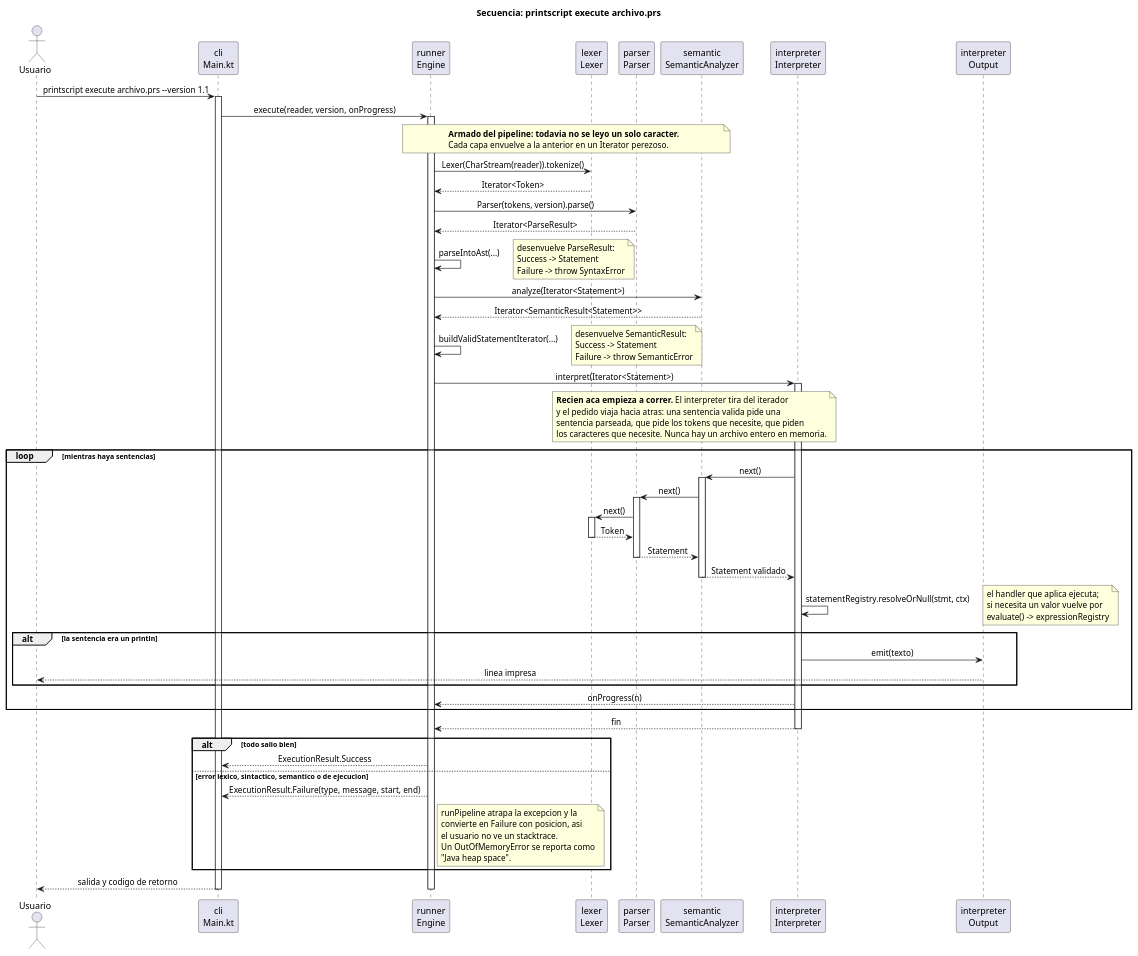
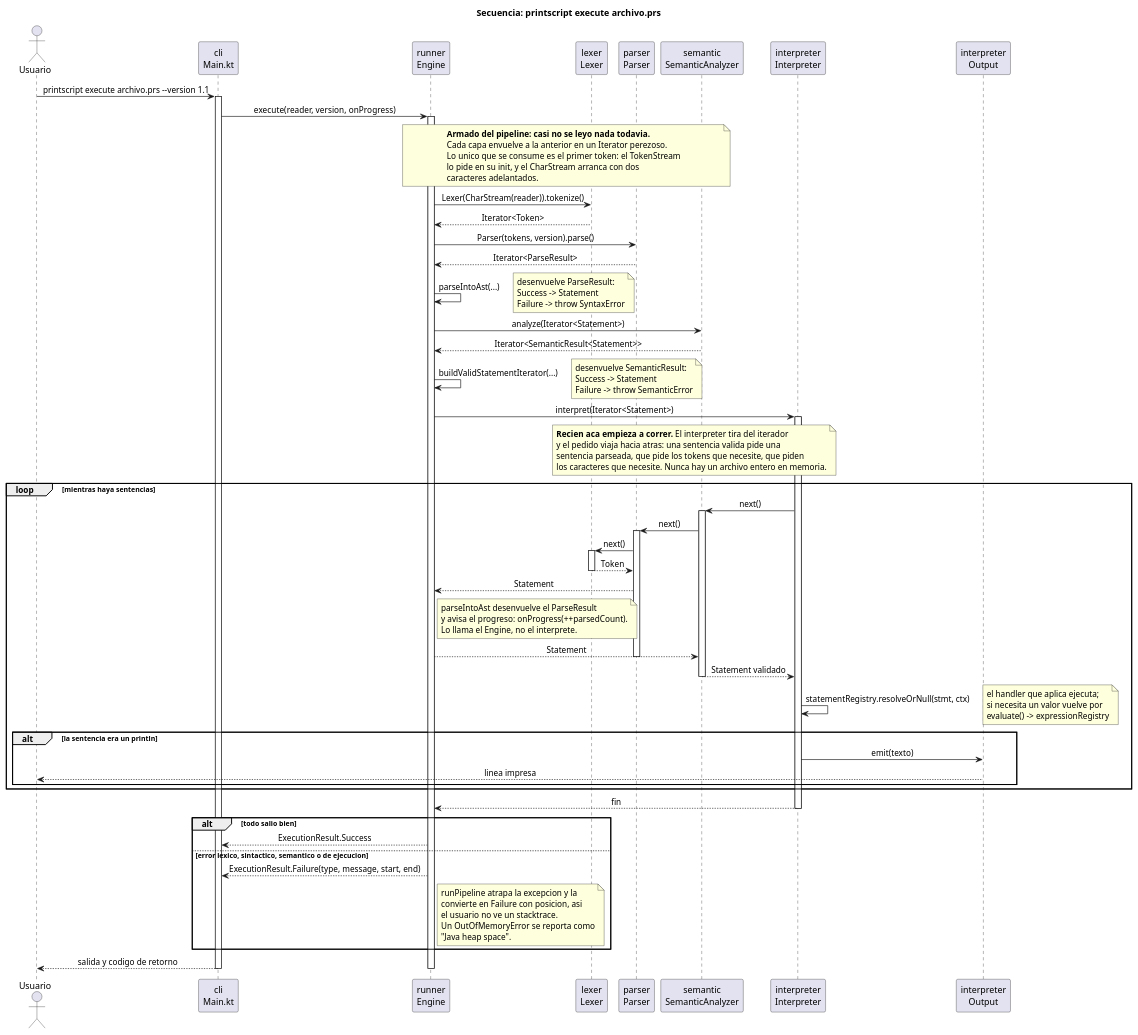
The diagram in docs/secuencia-ejecucion.puml (Ingsis-printscript-grupo3/printscript), drawn with PlantUML before and after one commit. The commit also changed 3 other files, not shown here.

Commit message:
fix: readme y diagramas

```diff
--- a/docs/secuencia-ejecucion.puml
+++ b/docs/secuencia-ejecucion.puml
@@ -1,97 +1,104 @@
 @startuml PrintScript_Secuencia_Ejecucion
 
 title Secuencia: printscript execute archivo.prs
 
 skinparam sequenceMessageAlign center
 
 actor Usuario
 participant "cli\nMain.kt" as CLI
 participant "runner\nEngine" as ENGINE
 participant "lexer\nLexer" as LEXER
 participant "parser\nParser" as PARSER
 participant "semantic\nSemanticAnalyzer" as SEMANTIC
 participant "interpreter\nInterpreter" as INTERPRETER
 participant "interpreter\nOutput" as OUTPUT
 
 Usuario -> CLI : printscript execute archivo.prs --version 1.1
 activate CLI
 
 CLI -> ENGINE : execute(reader, version, onProgress)
 activate ENGINE
 
 note over ENGINE, SEMANTIC
-  <b>Armado del pipeline: todavia no se leyo un solo caracter.</b>
+  <b>Armado del pipeline: casi no se leyo nada todavia.</b>
   Cada capa envuelve a la anterior en un Iterator perezoso.
+  Lo unico que se consume es el primer token: el TokenStream
+  lo pide en su init, y el CharStream arranca con dos
+  caracteres adelantados.
 end note
 
 ENGINE -> LEXER : Lexer(CharStream(reader)).tokenize()
 LEXER --> ENGINE : Iterator<Token>
 
 ENGINE -> PARSER : Parser(tokens, version).parse()
 PARSER --> ENGINE : Iterator<ParseResult>
 
 ENGINE -> ENGINE : parseIntoAst(...)
 note right: desenvuelve ParseResult:\nSuccess -> Statement\nFailure -> throw SyntaxError
 
 ENGINE -> SEMANTIC : analyze(Iterator<Statement>)
 SEMANTIC --> ENGINE : Iterator<SemanticResult<Statement>>
 
 ENGINE -> ENGINE : buildValidStatementIterator(...)
 note right: desenvuelve SemanticResult:\nSuccess -> Statement\nFailure -> throw SemanticError
 
 ENGINE -> INTERPRETER : interpret(Iterator<Statement>)
 activate INTERPRETER
 
 note over LEXER, INTERPRETER
   <b>Recien aca empieza a correr.</b> El interpreter tira del iterador
   y el pedido viaja hacia atras: una sentencia valida pide una
   sentencia parseada, que pide los tokens que necesite, que piden
   los caracteres que necesite. Nunca hay un archivo entero en memoria.
 end note
 
 loop mientras haya sentencias
   INTERPRETER -> SEMANTIC : next()
   activate SEMANTIC
   SEMANTIC -> PARSER : next()
   activate PARSER
   PARSER -> LEXER : next()
   activate LEXER
   LEXER --> PARSER : Token
   deactivate LEXER
-  PARSER --> SEMANTIC : Statement
+  PARSER --> ENGINE : Statement
+  note right of ENGINE
+    parseIntoAst desenvuelve el ParseResult
+    y avisa el progreso: onProgress(++parsedCount).
+    Lo llama el Engine, no el interprete.
+  end note
+  ENGINE --> SEMANTIC : Statement
   deactivate PARSER
   SEMANTIC --> INTERPRETER : Statement validado
   deactivate SEMANTIC
 
   INTERPRETER -> INTERPRETER : statementRegistry.resolveOrNull(stmt, ctx)
   note right: el handler que aplica ejecuta;\nsi necesita un valor vuelve por\nevaluate() -> expressionRegistry
 
   alt la sentencia era un println
     INTERPRETER -> OUTPUT : emit(texto)
     OUTPUT --> Usuario : linea impresa
   end
-
-  ENGINE <-- INTERPRETER : onProgress(n)
 end
 
 INTERPRETER --> ENGINE : fin
 deactivate INTERPRETER
 
 alt todo salio bien
   ENGINE --> CLI : ExecutionResult.Success
 else error lexico, sintactico, semantico o de ejecucion
   ENGINE --> CLI : ExecutionResult.Failure(type, message, start, end)
   note right of ENGINE
     runPipeline atrapa la excepcion y la
     convierte en Failure con posicion, asi
     el usuario no ve un stacktrace.
     Un OutOfMemoryError se reporta como
     "Java heap space".
   end note
 end
 
 CLI --> Usuario : salida y codigo de retorno
 deactivate ENGINE
 deactivate CLI
 
 @enduml
```
